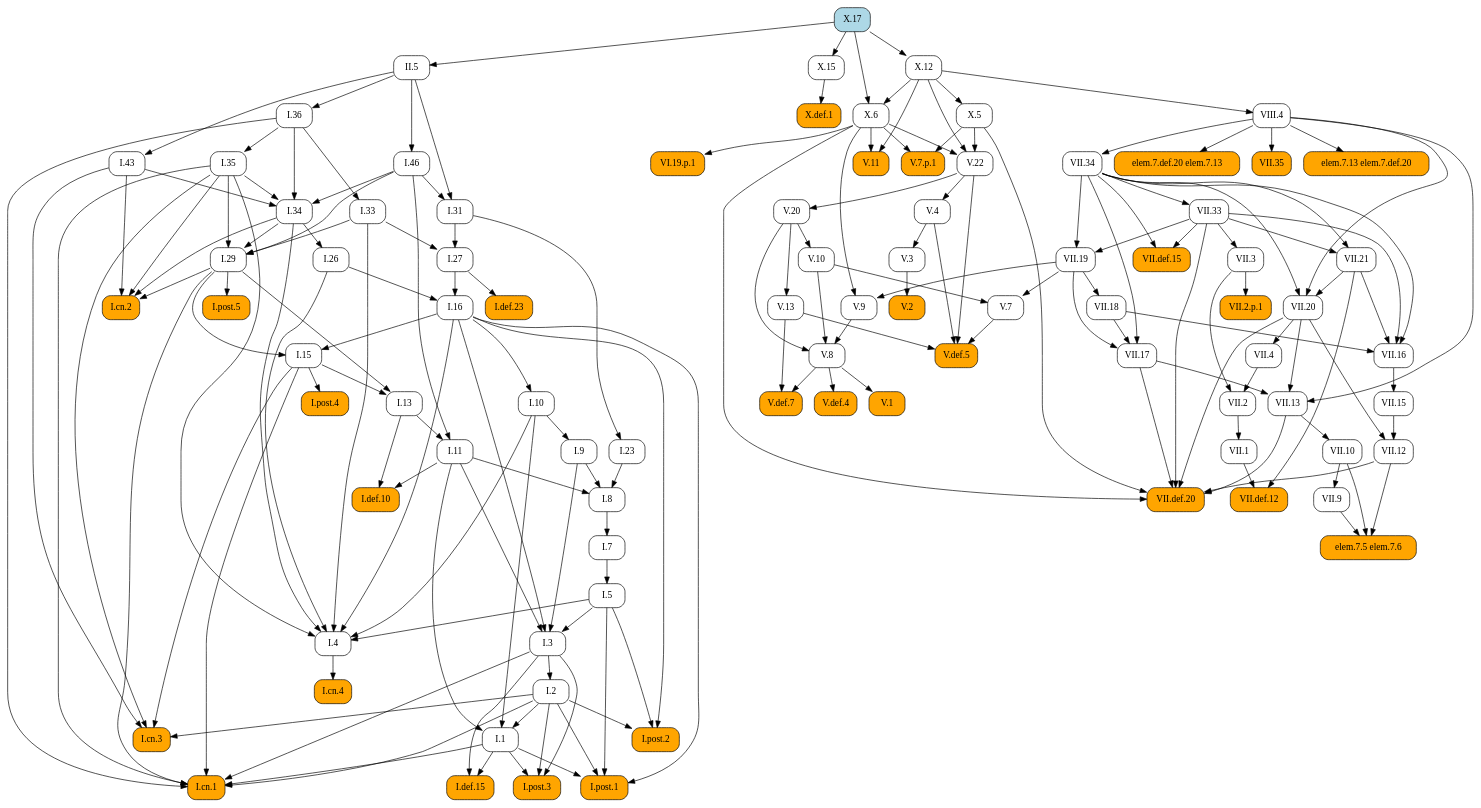
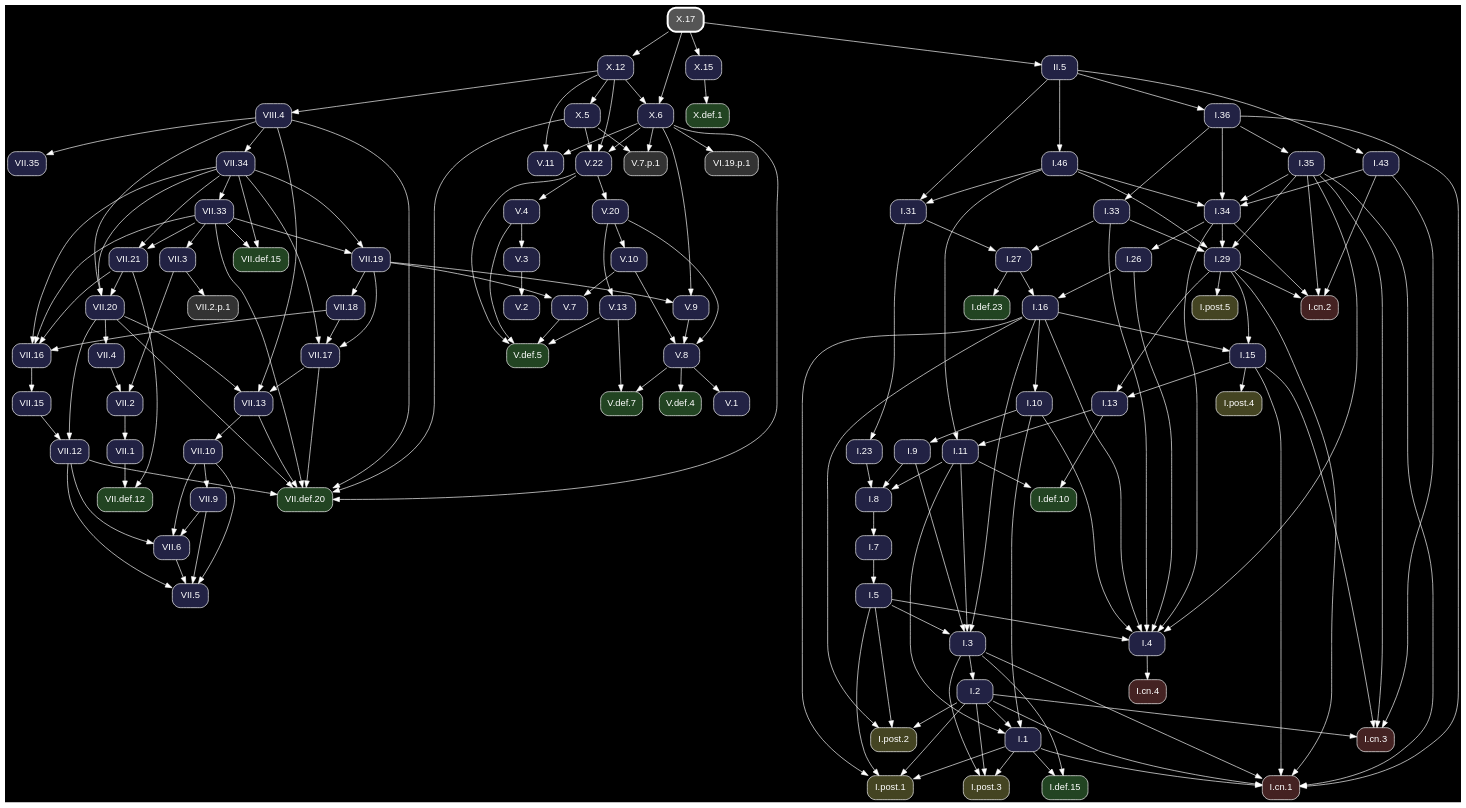
The diagram in docsrc/heath/X/17/index.rst (geometor/elements), drawn with Graphviz before and after one commit. The commit also changed other lines of this file and 1200 other files, not shown here.

Commit message:
update dependency graphs

```diff
--- a/docsrc/heath/X/17/index.rst
+++ b/docsrc/heath/X/17/index.rst
@@ -68,159 +68,214 @@
 .. graphviz::
 
    digraph {
+     bgcolor="black";
+     node [shape=box, style="rounded,filled", fontname="Helvetica", color="white", fontcolor="white"];
+     edge [color="white", fontcolor="white"];
      rankdir="TB";
-     node [shape=box, style=rounded];
-     "I.23" [URL="/heath/I/23/", target="_top"];
-     "X.15" [URL="/heath/X/15/", target="_top"];
-     "elem.7.def.20 elem.7.13" [style="rounded,filled", fillcolor=orange];
-     "I.9" [URL="/heath/I/9/", target="_top"];
-     "VII.12" [URL="/heath/VII/12/", target="_top"];
-     "VII.34" [URL="/heath/VII/34/", target="_top"];
-     "V.13" [URL="/heath/V/13/", target="_top"];
-     "I.def.15" [style="rounded,filled", fillcolor=orange, URL="/heath/I/def.15/", target="_top"];
-     "VII.16" [URL="/heath/VII/16/", target="_top"];
-     "V.7" [URL="/heath/V/7/", target="_top"];
-     "V.7.p.1" [style="rounded,filled", fillcolor=orange];
-     "I.post.1" [style="rounded,filled", fillcolor=orange, URL="/heath/I/post.1/", target="_top"];
-     "I.43" [URL="/heath/I/43/", target="_top"];
-     "V.9" [URL="/heath/V/9/", target="_top"];
-     "X.6" [URL="/heath/X/6/", target="_top"];
-     "I.31" [URL="/heath/I/31/", target="_top"];
-     "VII.13" [URL="/heath/VII/13/", target="_top"];
-     "I.def.10" [style="rounded,filled", fillcolor=orange, URL="/heath/I/def.10/", target="_top"];
-     "V.10" [URL="/heath/V/10/", target="_top"];
-     "VIII.4" [URL="/heath/VIII/4/", target="_top"];
-     "V.4" [URL="/heath/V/4/", target="_top"];
-     "VII.35" [style="rounded,filled", fillcolor=orange, URL="/heath/VII/35/", target="_top"];
-     "V.11" [style="rounded,filled", fillcolor=orange, URL="/heath/V/11/", target="_top"];
-     "VII.2.p.1" [style="rounded,filled", fillcolor=orange];
-     "I.34" [URL="/heath/I/34/", target="_top"];
-     "VII.def.20" [style="rounded,filled", fillcolor=orange, URL="/heath/VII/def.20/", target="_top"];
-     "VII.15" [URL="/heath/VII/15/", target="_top"];
-     "I.3" [URL="/heath/I/3/", target="_top"];
-     "V.def.4" [style="rounded,filled", fillcolor=orange, URL="/heath/V/def.4/", target="_top"];
-     "X.17" [style="rounded,filled", fillcolor=lightblue, URL="/heath/X/17/", target="_top"];
-     "V.def.7" [style="rounded,filled", fillcolor=orange, URL="/heath/V/def.7/", target="_top"];
-     "I.2" [URL="/heath/I/2/", target="_top"];
-     "V.3" [URL="/heath/V/3/", target="_top"];
-     "I.13" [URL="/heath/I/13/", target="_top"];
-     "I.post.4" [style="rounded,filled", fillcolor=orange, URL="/heath/I/post.4/", target="_top"];
-     "I.4" [URL="/heath/I/4/", target="_top"];
-     "I.1" [URL="/heath/I/1/", target="_top"];
-     "I.8" [URL="/heath/I/8/", target="_top"];
-     "VII.21" [URL="/heath/VII/21/", target="_top"];
-     "I.29" [URL="/heath/I/29/", target="_top"];
-     "V.8" [URL="/heath/V/8/", target="_top"];
-     "I.15" [URL="/heath/I/15/", target="_top"];
-     "VII.def.12" [style="rounded,filled", fillcolor=orange, URL="/heath/VII/def.12/", target="_top"];
-     "I.10" [URL="/heath/I/10/", target="_top"];
-     "I.11" [URL="/heath/I/11/", target="_top"];
-     "I.def.23" [style="rounded,filled", fillcolor=orange, URL="/heath/I/def.23/", target="_top"];
-     "elem.7.13 elem.7.def.20" [style="rounded,filled", fillcolor=orange];
-     "VII.20" [URL="/heath/VII/20/", target="_top"];
-     "I.46" [URL="/heath/I/46/", target="_top"];
-     "I.26" [URL="/heath/I/26/", target="_top"];
-     "VII.33" [URL="/heath/VII/33/", target="_top"];
-     "I.33" [URL="/heath/I/33/", target="_top"];
-     "elem.7.5 elem.7.6" [style="rounded,filled", fillcolor=orange];
-     "VII.9" [URL="/heath/VII/9/", target="_top"];
-     "VII.18" [URL="/heath/VII/18/", target="_top"];
-     "X.12" [URL="/heath/X/12/", target="_top"];
-     "I.post.3" [style="rounded,filled", fillcolor=orange, URL="/heath/I/post.3/", target="_top"];
-     "V.def.5" [style="rounded,filled", fillcolor=orange, URL="/heath/V/def.5/", target="_top"];
-     "II.5" [URL="/heath/II/5/", target="_top"];
-     "VII.10" [URL="/heath/VII/10/", target="_top"];
-     "I.27" [URL="/heath/I/27/", target="_top"];
-     "V.20" [URL="/heath/V/20/", target="_top"];
-     "VII.def.15" [style="rounded,filled", fillcolor=orange, URL="/heath/VII/def.15/", target="_top"];
-     "VII.17" [URL="/heath/VII/17/", target="_top"];
-     "VII.19" [URL="/heath/VII/19/", target="_top"];
-     "VII.2" [URL="/heath/VII/2/", target="_top"];
-     "I.35" [URL="/heath/I/35/", target="_top"];
-     "I.cn.1" [style="rounded,filled", fillcolor=orange, URL="/heath/I/cn.1/", target="_top"];
-     "V.2" [style="rounded,filled", fillcolor=orange, URL="/heath/V/2/", target="_top"];
-     "I.7" [URL="/heath/I/7/", target="_top"];
-     "I.36" [URL="/heath/I/36/", target="_top"];
-     "X.def.1" [style="rounded,filled", fillcolor=orange, URL="/heath/X/def.1/", target="_top"];
-     "X.5" [URL="/heath/X/5/", target="_top"];
-     "I.5" [URL="/heath/I/5/", target="_top"];
-     "VI.19.p.1" [style="rounded,filled", fillcolor=orange];
-     "VII.1" [URL="/heath/VII/1/", target="_top"];
-     "I.cn.3" [style="rounded,filled", fillcolor=orange, URL="/heath/I/cn.3/", target="_top"];
-     "I.16" [URL="/heath/I/16/", target="_top"];
-     "VII.4" [URL="/heath/VII/4/", target="_top"];
-     "V.1" [style="rounded,filled", fillcolor=orange, URL="/heath/V/1/", target="_top"];
-     "V.22" [URL="/heath/V/22/", target="_top"];
-     "I.cn.2" [style="rounded,filled", fillcolor=orange, URL="/heath/I/cn.2/", target="_top"];
-     "I.post.5" [style="rounded,filled", fillcolor=orange, URL="/heath/I/post.5/", target="_top"];
-     "VII.3" [URL="/heath/VII/3/", target="_top"];
-     "I.cn.4" [style="rounded,filled", fillcolor=orange, URL="/heath/I/cn.4/", target="_top"];
-     "I.post.2" [style="rounded,filled", fillcolor=orange, URL="/heath/I/post.2/", target="_top"];
-     "I.31" -> "I.23";
+     "VII.33" [fillcolor="#222244", URL="/heath/VII/33/", target="_top"];
+     "X.6" [fillcolor="#222244", URL="/heath/X/6/", target="_top"];
+     "VII.18" [fillcolor="#222244", URL="/heath/VII/18/", target="_top"];
+     "I.cn.1" [fillcolor="#442222", URL="/heath/I/cn.1/", target="_top"];
+     "VII.2" [fillcolor="#222244", URL="/heath/VII/2/", target="_top"];
+     "X.15" [fillcolor="#222244", URL="/heath/X/15/", target="_top"];
+     "I.27" [fillcolor="#222244", URL="/heath/I/27/", target="_top"];
+     "I.2" [fillcolor="#222244", URL="/heath/I/2/", target="_top"];
+     "I.43" [fillcolor="#222244", URL="/heath/I/43/", target="_top"];
+     "I.post.4" [fillcolor="#444422", URL="/heath/I/post.4/", target="_top"];
+     "VII.4" [fillcolor="#222244", URL="/heath/VII/4/", target="_top"];
+     "I.26" [fillcolor="#222244", URL="/heath/I/26/", target="_top"];
+     "I.8" [fillcolor="#222244", URL="/heath/I/8/", target="_top"];
+     "V.4" [fillcolor="#222244", URL="/heath/V/4/", target="_top"];
+     "VII.9" [fillcolor="#222244", URL="/heath/VII/9/", target="_top"];
+     "I.7" [fillcolor="#222244", URL="/heath/I/7/", target="_top"];
+     "I.5" [fillcolor="#222244", URL="/heath/I/5/", target="_top"];
+     "VII.17" [fillcolor="#222244", URL="/heath/VII/17/", target="_top"];
+     "V.11" [fillcolor="#222244", URL="/heath/V/11/", target="_top"];
+     "V.def.4" [fillcolor="#224422", URL="/heath/V/def.4/", target="_top"];
+     "V.20" [fillcolor="#222244", URL="/heath/V/20/", target="_top"];
+     "VII.5" [fillcolor="#222244", URL="/heath/VII/5/", target="_top"];
+     "VII.34" [fillcolor="#222244", URL="/heath/VII/34/", target="_top"];
+     "X.5" [fillcolor="#222244", URL="/heath/X/5/", target="_top"];
+     "I.11" [fillcolor="#222244", URL="/heath/I/11/", target="_top"];
+     "I.cn.3" [fillcolor="#442222", URL="/heath/I/cn.3/", target="_top"];
+     "I.36" [fillcolor="#222244", URL="/heath/I/36/", target="_top"];
+     "I.post.2" [fillcolor="#444422", URL="/heath/I/post.2/", target="_top"];
+     "VII.6" [fillcolor="#222244", URL="/heath/VII/6/", target="_top"];
+     "VII.16" [fillcolor="#222244", URL="/heath/VII/16/", target="_top"];
+     "VII.15" [fillcolor="#222244", URL="/heath/VII/15/", target="_top"];
+     "I.def.23" [fillcolor="#224422", URL="/heath/I/def.23/", target="_top"];
+     "I.35" [fillcolor="#222244", URL="/heath/I/35/", target="_top"];
+     "VII.def.12" [fillcolor="#224422", URL="/heath/VII/def.12/", target="_top"];
+     "I.post.3" [fillcolor="#444422", URL="/heath/I/post.3/", target="_top"];
+     "V.13" [fillcolor="#222244", URL="/heath/V/13/", target="_top"];
+     "VII.19" [fillcolor="#222244", URL="/heath/VII/19/", target="_top"];
+     "I.33" [fillcolor="#222244", URL="/heath/I/33/", target="_top"];
+     "V.8" [fillcolor="#222244", URL="/heath/V/8/", target="_top"];
+     "VII.3" [fillcolor="#222244", URL="/heath/VII/3/", target="_top"];
+     "II.5" [fillcolor="#222244", URL="/heath/II/5/", target="_top"];
+     "VII.35" [fillcolor="#222244", URL="/heath/VII/35/", target="_top"];
+     "X.17" [penwidth=3, color="white", fillcolor="#555555", URL="/heath/X/17/", target="_top"];
+     "V.10" [fillcolor="#222244", URL="/heath/V/10/", target="_top"];
+     "V.def.5" [fillcolor="#224422", URL="/heath/V/def.5/", target="_top"];
+     "V.22" [fillcolor="#222244", URL="/heath/V/22/", target="_top"];
+     "I.31" [fillcolor="#222244", URL="/heath/I/31/", target="_top"];
+     "I.3" [fillcolor="#222244", URL="/heath/I/3/", target="_top"];
+     "I.def.10" [fillcolor="#224422", URL="/heath/I/def.10/", target="_top"];
+     "I.15" [fillcolor="#222244", URL="/heath/I/15/", target="_top"];
+     "VII.def.20" [fillcolor="#224422", URL="/heath/VII/def.20/", target="_top"];
+     "I.13" [fillcolor="#222244", URL="/heath/I/13/", target="_top"];
+     "I.cn.2" [fillcolor="#442222", URL="/heath/I/cn.2/", target="_top"];
+     "VII.1" [fillcolor="#222244", URL="/heath/VII/1/", target="_top"];
+     "I.9" [fillcolor="#222244", URL="/heath/I/9/", target="_top"];
+     "VII.13" [fillcolor="#222244", URL="/heath/VII/13/", target="_top"];
+     "VI.19.p.1" [fillcolor="#333333"];
+     "I.1" [fillcolor="#222244", URL="/heath/I/1/", target="_top"];
+     "I.post.5" [fillcolor="#444422", URL="/heath/I/post.5/", target="_top"];
+     "I.23" [fillcolor="#222244", URL="/heath/I/23/", target="_top"];
+     "I.4" [fillcolor="#222244", URL="/heath/I/4/", target="_top"];
+     "VII.21" [fillcolor="#222244", URL="/heath/VII/21/", target="_top"];
+     "V.7" [fillcolor="#222244", URL="/heath/V/7/", target="_top"];
+     "VII.12" [fillcolor="#222244", URL="/heath/VII/12/", target="_top"];
+     "V.9" [fillcolor="#222244", URL="/heath/V/9/", target="_top"];
+     "I.10" [fillcolor="#222244", URL="/heath/I/10/", target="_top"];
+     "X.12" [fillcolor="#222244", URL="/heath/X/12/", target="_top"];
+     "I.46" [fillcolor="#222244", URL="/heath/I/46/", target="_top"];
+     "V.def.7" [fillcolor="#224422", URL="/heath/V/def.7/", target="_top"];
+     "VII.20" [fillcolor="#222244", URL="/heath/VII/20/", target="_top"];
+     "I.post.1" [fillcolor="#444422", URL="/heath/I/post.1/", target="_top"];
+     "I.16" [fillcolor="#222244", URL="/heath/I/16/", target="_top"];
+     "VII.def.15" [fillcolor="#224422", URL="/heath/VII/def.15/", target="_top"];
+     "I.29" [fillcolor="#222244", URL="/heath/I/29/", target="_top"];
+     "VII.2.p.1" [fillcolor="#333333"];
+     "I.cn.4" [fillcolor="#442222", URL="/heath/I/cn.4/", target="_top"];
+     "V.2" [fillcolor="#222244", URL="/heath/V/2/", target="_top"];
+     "V.1" [fillcolor="#222244", URL="/heath/V/1/", target="_top"];
+     "VII.10" [fillcolor="#222244", URL="/heath/VII/10/", target="_top"];
+     "X.def.1" [fillcolor="#224422", URL="/heath/X/def.1/", target="_top"];
+     "VIII.4" [fillcolor="#222244", URL="/heath/VIII/4/", target="_top"];
+     "V.7.p.1" [fillcolor="#333333"];
+     "I.34" [fillcolor="#222244", URL="/heath/I/34/", target="_top"];
+     "I.def.15" [fillcolor="#224422", URL="/heath/I/def.15/", target="_top"];
+     "V.3" [fillcolor="#222244", URL="/heath/V/3/", target="_top"];
+     "VII.34" -> "VII.33";
+     "X.12" -> "X.6";
+     "X.17" -> "X.6";
+     "VII.19" -> "VII.18";
+     "I.1" -> "I.cn.1";
+     "I.2" -> "I.cn.1";
+     "I.3" -> "I.cn.1";
+     "I.15" -> "I.cn.1";
+     "I.29" -> "I.cn.1";
+     "I.35" -> "I.cn.1";
+     "I.36" -> "I.cn.1";
+     "VII.3" -> "VII.2";
+     "VII.4" -> "VII.2";
      "X.17" -> "X.15";
-     "VIII.4" -> "elem.7.def.20 elem.7.13";
-     "I.10" -> "I.9";
-     "VII.15" -> "VII.12";
-     "VII.20" -> "VII.12";
+     "I.31" -> "I.27";
+     "I.33" -> "I.27";
+     "I.3" -> "I.2";
+     "II.5" -> "I.43";
+     "I.15" -> "I.post.4";
+     "VII.20" -> "VII.4";
+     "I.34" -> "I.26";
+     "I.9" -> "I.8";
+     "I.11" -> "I.8";
+     "I.23" -> "I.8";
+     "V.22" -> "V.4";
+     "VII.10" -> "VII.9";
+     "I.8" -> "I.7";
+     "I.7" -> "I.5";
+     "VII.18" -> "VII.17";
+     "VII.19" -> "VII.17";
+     "VII.34" -> "VII.17";
+     "X.6" -> "V.11";
+     "X.12" -> "V.11";
+     "V.8" -> "V.def.4";
+     "V.22" -> "V.20";
+     "VII.6" -> "VII.5";
+     "VII.9" -> "VII.5";
+     "VII.10" -> "VII.5";
+     "VII.12" -> "VII.5";
      "VIII.4" -> "VII.34";
-     "V.20" -> "V.13";
-     "I.1" -> "I.def.15";
-     "I.3" -> "I.def.15";
+     "X.12" -> "X.5";
+     "I.13" -> "I.11";
+     "I.46" -> "I.11";
+     "I.2" -> "I.cn.3";
+     "I.15" -> "I.cn.3";
+     "I.35" -> "I.cn.3";
+     "I.43" -> "I.cn.3";
+     "II.5" -> "I.36";
+     "I.2" -> "I.post.2";
+     "I.5" -> "I.post.2";
+     "I.16" -> "I.post.2";
+     "VII.9" -> "VII.6";
+     "VII.10" -> "VII.6";
+     "VII.12" -> "VII.6";
      "VII.18" -> "VII.16";
      "VII.21" -> "VII.16";
      "VII.33" -> "VII.16";
      "VII.34" -> "VII.16";
-     "V.10" -> "V.7";
-     "VII.19" -> "V.7";
-     "X.5" -> "V.7.p.1";
-     "X.6" -> "V.7.p.1";
-     "I.1" -> "I.post.1";
-     "I.2" -> "I.post.1";
-     "I.5" -> "I.post.1";
-     "I.16" -> "I.post.1";
-     "II.5" -> "I.43";
-     "VII.19" -> "V.9";
-     "X.6" -> "V.9";
-     "X.12" -> "X.6";
-     "X.17" -> "X.6";
+     "VII.16" -> "VII.15";
+     "I.27" -> "I.def.23";
+     "I.36" -> "I.35";
+     "VII.1" -> "VII.def.12";
+     "VII.21" -> "VII.def.12";
+     "I.1" -> "I.post.3";
+     "I.2" -> "I.post.3";
+     "I.3" -> "I.post.3";
+     "V.20" -> "V.13";
+     "VII.33" -> "VII.19";
+     "VII.34" -> "VII.19";
+     "I.36" -> "I.33";
+     "V.9" -> "V.8";
+     "V.10" -> "V.8";
+     "V.20" -> "V.8";
+     "VII.33" -> "VII.3";
+     "X.17" -> "II.5";
+     "VIII.4" -> "VII.35";
+     "V.20" -> "V.10";
+     "V.4" -> "V.def.5";
+     "V.7" -> "V.def.5";
+     "V.13" -> "V.def.5";
+     "V.22" -> "V.def.5";
+     "X.5" -> "V.22";
+     "X.6" -> "V.22";
+     "X.12" -> "V.22";
      "I.46" -> "I.31";
      "II.5" -> "I.31";
-     "VII.17" -> "VII.13";
-     "VII.20" -> "VII.13";
-     "VIII.4" -> "VII.13";
+     "I.5" -> "I.3";
+     "I.9" -> "I.3";
+     "I.11" -> "I.3";
+     "I.16" -> "I.3";
      "I.11" -> "I.def.10";
      "I.13" -> "I.def.10";
-     "V.20" -> "V.10";
-     "X.12" -> "VIII.4";
-     "V.22" -> "V.4";
-     "VIII.4" -> "VII.35";
-     "X.6" -> "V.11";
-     "X.12" -> "V.11";
-     "VII.3" -> "VII.2.p.1";
-     "I.35" -> "I.34";
-     "I.36" -> "I.34";
-     "I.43" -> "I.34";
-     "I.46" -> "I.34";
+     "I.16" -> "I.15";
+     "I.29" -> "I.15";
      "VII.12" -> "VII.def.20";
      "VII.13" -> "VII.def.20";
      "VII.17" -> "VII.def.20";
      "VII.20" -> "VII.def.20";
      "VII.33" -> "VII.def.20";
+     "VIII.4" -> "VII.def.20";
      "X.5" -> "VII.def.20";
      "X.6" -> "VII.def.20";
-     "VII.16" -> "VII.15";
-     "I.5" -> "I.3";
-     "I.9" -> "I.3";
-     "I.11" -> "I.3";
-     "I.16" -> "I.3";
-     "V.8" -> "V.def.4";
-     "V.8" -> "V.def.7";
-     "V.13" -> "V.def.7";
-     "I.3" -> "I.2";
-     "V.4" -> "V.3";
      "I.15" -> "I.13";
      "I.29" -> "I.13";
-     "I.15" -> "I.post.4";
+     "I.29" -> "I.cn.2";
+     "I.34" -> "I.cn.2";
+     "I.35" -> "I.cn.2";
+     "I.43" -> "I.cn.2";
+     "VII.2" -> "VII.1";
+     "I.10" -> "I.9";
+     "VII.17" -> "VII.13";
+     "VII.20" -> "VII.13";
+     "VIII.4" -> "VII.13";
+     "X.6" -> "VI.19.p.1";
+     "I.2" -> "I.1";
+     "I.10" -> "I.1";
+     "I.11" -> "I.1";
+     "I.29" -> "I.post.5";
+     "I.31" -> "I.23";
      "I.5" -> "I.4";
      "I.10" -> "I.4";
      "I.16" -> "I.4";
@@ -228,99 +283,48 @@
      "I.33" -> "I.4";
      "I.34" -> "I.4";
      "I.35" -> "I.4";
-     "I.2" -> "I.1";
-     "I.10" -> "I.1";
-     "I.11" -> "I.1";
-     "I.9" -> "I.8";
-     "I.11" -> "I.8";
-     "I.23" -> "I.8";
      "VII.33" -> "VII.21";
      "VII.34" -> "VII.21";
+     "V.10" -> "V.7";
+     "VII.19" -> "V.7";
+     "VII.15" -> "VII.12";
+     "VII.20" -> "VII.12";
+     "VII.19" -> "V.9";
+     "X.6" -> "V.9";
+     "I.16" -> "I.10";
+     "X.17" -> "X.12";
+     "II.5" -> "I.46";
+     "V.8" -> "V.def.7";
+     "V.13" -> "V.def.7";
+     "VII.21" -> "VII.20";
+     "VII.34" -> "VII.20";
+     "VIII.4" -> "VII.20";
+     "I.1" -> "I.post.1";
+     "I.2" -> "I.post.1";
+     "I.5" -> "I.post.1";
+     "I.16" -> "I.post.1";
+     "I.26" -> "I.16";
+     "I.27" -> "I.16";
+     "VII.33" -> "VII.def.15";
+     "VII.34" -> "VII.def.15";
      "I.33" -> "I.29";
      "I.34" -> "I.29";
      "I.35" -> "I.29";
      "I.46" -> "I.29";
-     "V.9" -> "V.8";
-     "V.10" -> "V.8";
-     "V.20" -> "V.8";
-     "I.16" -> "I.15";
-     "I.29" -> "I.15";
-     "VII.1" -> "VII.def.12";
-     "VII.21" -> "VII.def.12";
-     "I.16" -> "I.10";
-     "I.13" -> "I.11";
-     "I.46" -> "I.11";
-     "I.27" -> "I.def.23";
-     "VIII.4" -> "elem.7.13 elem.7.def.20";
-     "VII.21" -> "VII.20";
-     "VII.34" -> "VII.20";
-     "VIII.4" -> "VII.20";
-     "II.5" -> "I.46";
-     "I.34" -> "I.26";
-     "VII.34" -> "VII.33";
-     "I.36" -> "I.33";
-     "VII.9" -> "elem.7.5 elem.7.6";
-     "VII.10" -> "elem.7.5 elem.7.6";
-     "VII.12" -> "elem.7.5 elem.7.6";
-     "VII.10" -> "VII.9";
-     "VII.19" -> "VII.18";
-     "X.17" -> "X.12";
-     "I.1" -> "I.post.3";
-     "I.2" -> "I.post.3";
-     "I.3" -> "I.post.3";
-     "V.4" -> "V.def.5";
-     "V.7" -> "V.def.5";
-     "V.13" -> "V.def.5";
-     "V.22" -> "V.def.5";
-     "X.17" -> "II.5";
+     "VII.3" -> "VII.2.p.1";
+     "I.4" -> "I.cn.4";
+     "V.3" -> "V.2";
+     "V.8" -> "V.1";
      "VII.13" -> "VII.10";
-     "I.31" -> "I.27";
-     "I.33" -> "I.27";
-     "V.22" -> "V.20";
-     "VII.33" -> "VII.def.15";
-     "VII.34" -> "VII.def.15";
-     "VII.18" -> "VII.17";
-     "VII.19" -> "VII.17";
-     "VII.34" -> "VII.17";
-     "VII.33" -> "VII.19";
-     "VII.34" -> "VII.19";
-     "VII.3" -> "VII.2";
-     "VII.4" -> "VII.2";
-     "I.36" -> "I.35";
-     "I.1" -> "I.cn.1";
-     "I.2" -> "I.cn.1";
-     "I.3" -> "I.cn.1";
-     "I.15" -> "I.cn.1";
-     "I.29" -> "I.cn.1";
-     "I.35" -> "I.cn.1";
-     "I.36" -> "I.cn.1";
-     "V.3" -> "V.2";
-     "I.8" -> "I.7";
-     "II.5" -> "I.36";
      "X.15" -> "X.def.1";
-     "X.12" -> "X.5";
-     "I.7" -> "I.5";
-     "X.6" -> "VI.19.p.1";
-     "VII.2" -> "VII.1";
-     "I.2" -> "I.cn.3";
-     "I.15" -> "I.cn.3";
-     "I.35" -> "I.cn.3";
-     "I.43" -> "I.cn.3";
-     "I.26" -> "I.16";
-     "I.27" -> "I.16";
-     "VII.20" -> "VII.4";
-     "V.8" -> "V.1";
-     "X.5" -> "V.22";
-     "X.6" -> "V.22";
-     "X.12" -> "V.22";
-     "I.29" -> "I.cn.2";
-     "I.34" -> "I.cn.2";
-     "I.35" -> "I.cn.2";
-     "I.43" -> "I.cn.2";
-     "I.29" -> "I.post.5";
-     "VII.33" -> "VII.3";
-     "I.4" -> "I.cn.4";
-     "I.2" -> "I.post.2";
-     "I.5" -> "I.post.2";
-     "I.16" -> "I.post.2";
+     "X.12" -> "VIII.4";
+     "X.5" -> "V.7.p.1";
+     "X.6" -> "V.7.p.1";
+     "I.35" -> "I.34";
+     "I.36" -> "I.34";
+     "I.43" -> "I.34";
+     "I.46" -> "I.34";
+     "I.1" -> "I.def.15";
+     "I.3" -> "I.def.15";
+     "V.4" -> "V.3";
    }
```
